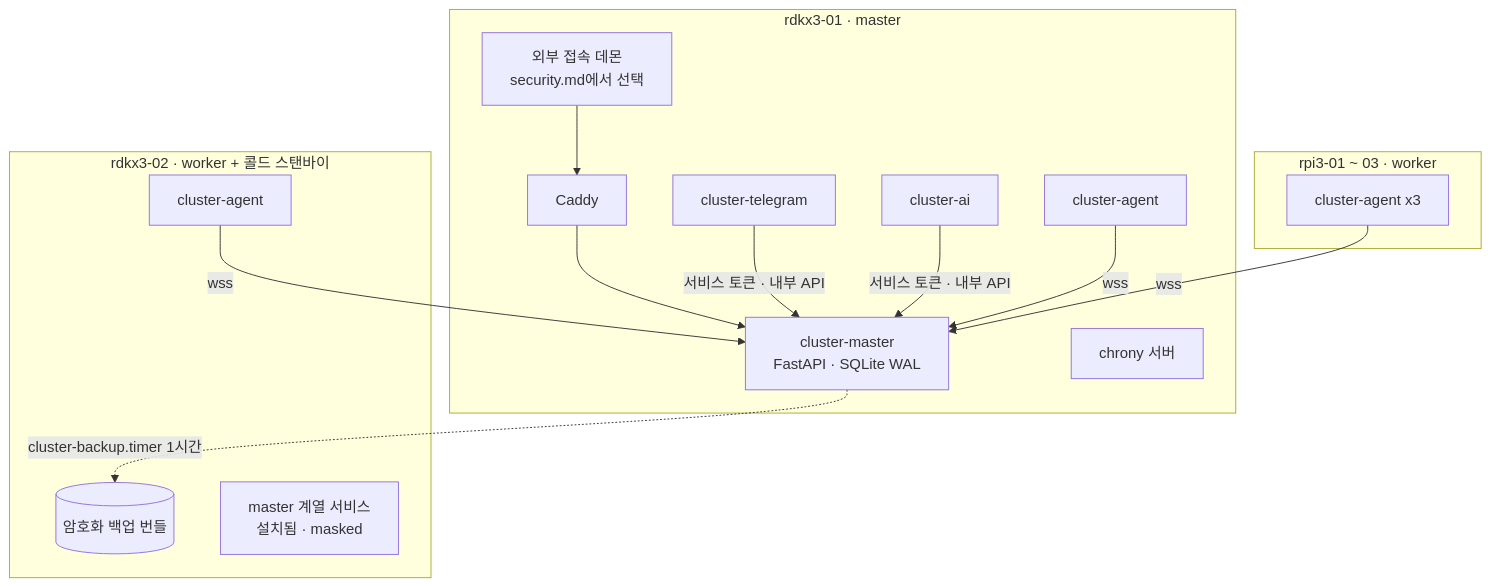
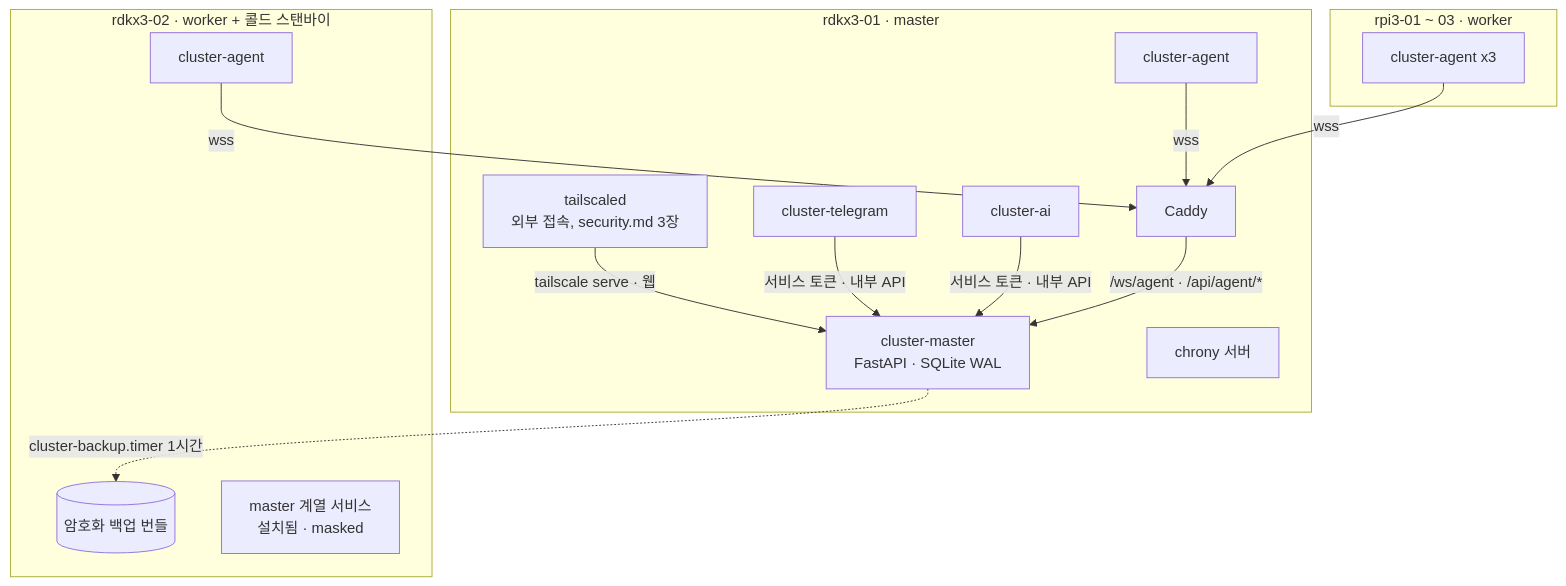
One commit to Yuchan-00/Cluster_Web changed the first of 4 diagrams in docs/design/topology.md. Above: the diagram before and after it, drawn with Mermaid. The commit also changed other lines of this file and 5 other files, not shown here.

First line of the commit message:
Revise plan: security-first design for 5-node cluster, jobs, Telegram, AI agent

````diff
--- a/docs/design/topology.md
+++ b/docs/design/topology.md
@@ -88,27 +90,28 @@
 ```mermaid
 flowchart TB
   subgraph R1["rdkx3-01 · master"]
     CADDY["Caddy"]
-    EXT["외부 접속 데몬<br/>security.md에서 선택"]
+    EXT["tailscaled<br/>외부 접속, security.md 3장"]
     M["cluster-master<br/>FastAPI · SQLite WAL"]
     TG["cluster-telegram"]
     AI["cluster-ai"]
     A1["cluster-agent"]
     NTP["chrony 서버"]
   end
   subgraph R2["rdkx3-02 · worker + 콜드 스탠바이"]
     A2["cluster-agent"]
     BK[("암호화 백업 번들")]
     MS["master 계열 서비스<br/>설치됨 · masked"]
   end
   subgraph P["rpi3-01 ~ 03 · worker"]
     AP["cluster-agent x3"]
   end
-  EXT --> CADDY --> M
+  EXT -- "tailscale serve · 웹" --> M
   TG -- "서비스 토큰 · 내부 API" --> M
   AI -- "서비스 토큰 · 내부 API" --> M
-  A1 -- "wss" --> M
-  A2 -- "wss" --> M
-  AP -- "wss" --> M
+  A1 -- "wss" --> CADDY
+  A2 -- "wss" --> CADDY
+  AP -- "wss" --> CADDY
+  CADDY -- "/ws/agent · /api/agent/*" --> M
   M -.->|"cluster-backup.timer 1시간"| BK
 ```
````
